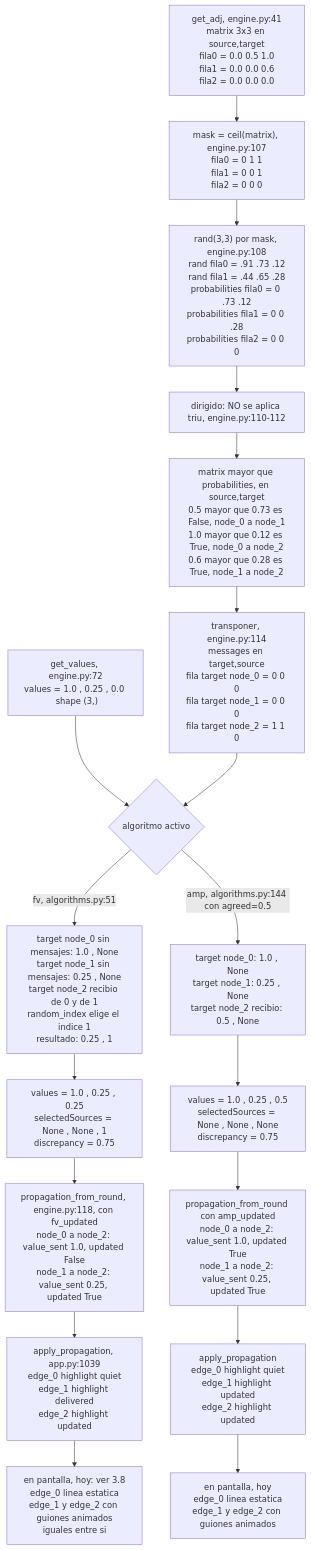
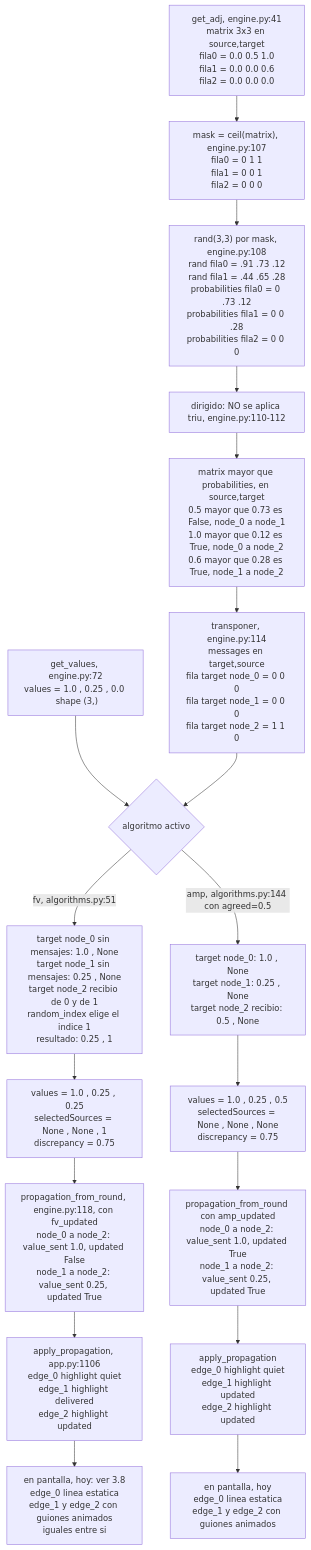
One commit to Rou-uu/consenso-simulador changed the third of 4 diagrams in docs/04-simulacion-individual.md. Above: the diagram before and after it, drawn with Mermaid. The commit also changed other lines of this file and 19 other files, not shown here.

````diff
--- a/docs/04-simulacion-individual.md
+++ b/docs/04-simulacion-individual.md
@@ -558,27 +558,27 @@
 ```mermaid
 flowchart TD
     A["get_adj, engine.py:41<br/>matrix 3x3 en source,target<br/>fila0 = 0.0 0.5 1.0<br/>fila1 = 0.0 0.0 0.6<br/>fila2 = 0.0 0.0 0.0"] --> B
     A0["get_values, engine.py:72<br/>values = 1.0 , 0.25 , 0.0  shape (3,)"] --> D
 
     B["mask = ceil(matrix), engine.py:107<br/>fila0 = 0 1 1<br/>fila1 = 0 0 1<br/>fila2 = 0 0 0"] --> C
     C["rand(3,3) por mask, engine.py:108<br/>rand fila0 = .91 .73 .12<br/>rand fila1 = .44 .65 .28<br/>probabilities fila0 = 0 .73 .12<br/>probabilities fila1 = 0 0 .28<br/>probabilities fila2 = 0 0 0"] --> C2
     C2["dirigido: NO se aplica triu, engine.py:110-112"] --> C3
     C3["matrix mayor que probabilities, en source,target<br/>0.5 mayor que 0.73 es False, node_0 a node_1<br/>1.0 mayor que 0.12 es True, node_0 a node_2<br/>0.6 mayor que 0.28 es True, node_1 a node_2"] --> C4
     C4["transponer, engine.py:114<br/>messages en target,source<br/>fila target node_0 = 0 0 0<br/>fila target node_1 = 0 0 0<br/>fila target node_2 = 1 1 0"] --> D
 
     D{"algoritmo activo"}
     D -- "fv, algorithms.py:51" --> E1["target node_0 sin mensajes: 1.0 , None<br/>target node_1 sin mensajes: 0.25 , None<br/>target node_2 recibio de 0 y de 1<br/>random_index elige el indice 1<br/>resultado: 0.25 , 1"]
     D -- "amp, algorithms.py:144 con agreed=0.5" --> E2["target node_0: 1.0 , None<br/>target node_1: 0.25 , None<br/>target node_2 recibio: 0.5 , None"]
 
     E1 --> F1["values = 1.0 , 0.25 , 0.25<br/>selectedSources = None , None , 1<br/>discrepancy = 0.75"]
     E2 --> F2["values = 1.0 , 0.25 , 0.5<br/>selectedSources = None , None , None<br/>discrepancy = 0.75"]
 
     F1 --> G1["propagation_from_round, engine.py:118, con fv_updated<br/>node_0 a node_2: value_sent 1.0, updated False<br/>node_1 a node_2: value_sent 0.25, updated True"]
     F2 --> G2["propagation_from_round con amp_updated<br/>node_0 a node_2: value_sent 1.0, updated True<br/>node_1 a node_2: value_sent 0.25, updated True"]
 
-    G1 --> H1["apply_propagation, app.py:1039<br/>edge_0 highlight quiet<br/>edge_1 highlight delivered<br/>edge_2 highlight updated"]
+    G1 --> H1["apply_propagation, app.py:1106<br/>edge_0 highlight quiet<br/>edge_1 highlight delivered<br/>edge_2 highlight updated"]
     G2 --> H2["apply_propagation<br/>edge_0 highlight quiet<br/>edge_1 highlight updated<br/>edge_2 highlight updated"]
 
     H1 --> P1["en pantalla, hoy: ver 3.8<br/>edge_0 linea estatica<br/>edge_1 y edge_2 con guiones animados<br/>iguales entre si"]
     H2 --> P2["en pantalla, hoy<br/>edge_0 linea estatica<br/>edge_1 y edge_2 con guiones animados"]
 ```
````
